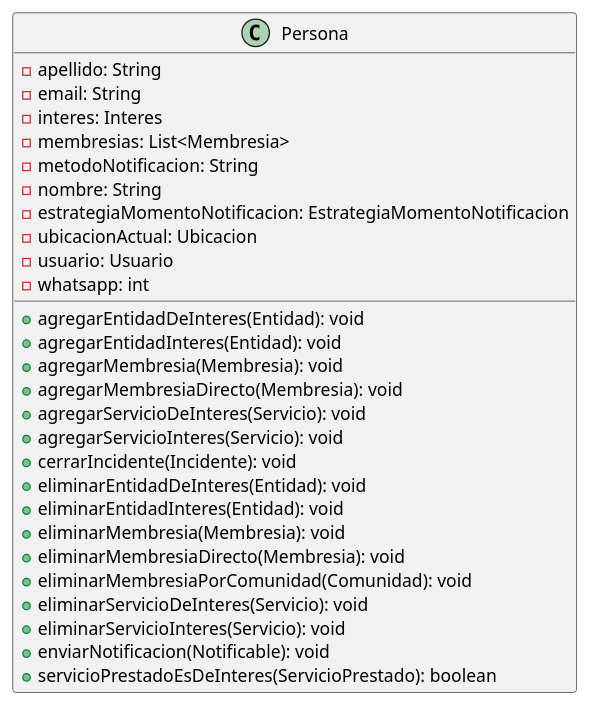
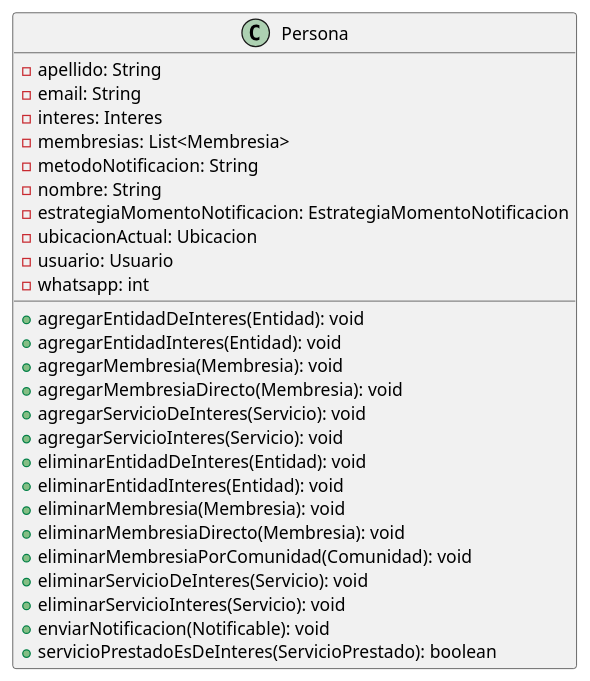
Before and after one commit to mbertogliati/dds-tpa: the diagram in DC/E3/domain/comunidades/Persona.puml, drawn with PlantUML. The commit also changed 1 other file, not shown here.

```diff
--- a/DC/E3/domain/comunidades/Persona.puml
+++ b/DC/E3/domain/comunidades/Persona.puml
@@ -1,36 +1,35 @@
 @startuml
 'https://plantuml.com/class-diagram
 
 skinparam linetype ortho
 
 
 class Persona {
   - apellido: String
   - email: String
   - interes: Interes
   - membresias: List<Membresia>
   - metodoNotificacion: String
   - nombre: String
   - estrategiaMomentoNotificacion: EstrategiaMomentoNotificacion
   - ubicacionActual: Ubicacion
   - usuario: Usuario
   - whatsapp: int
 
   + agregarEntidadDeInteres(Entidad): void
   + agregarEntidadInteres(Entidad): void
   + agregarMembresia(Membresia): void
   + agregarMembresiaDirecto(Membresia): void
   + agregarServicioDeInteres(Servicio): void
   + agregarServicioInteres(Servicio): void
-  + cerrarIncidente(Incidente): void
   + eliminarEntidadDeInteres(Entidad): void
   + eliminarEntidadInteres(Entidad): void
   + eliminarMembresia(Membresia): void
   + eliminarMembresiaDirecto(Membresia): void
   + eliminarMembresiaPorComunidad(Comunidad): void
   + eliminarServicioDeInteres(Servicio): void
   + eliminarServicioInteres(Servicio): void
   + enviarNotificacion(Notificable): void
   + servicioPrestadoEsDeInteres(ServicioPrestado): boolean
   }
 @enduml
```
